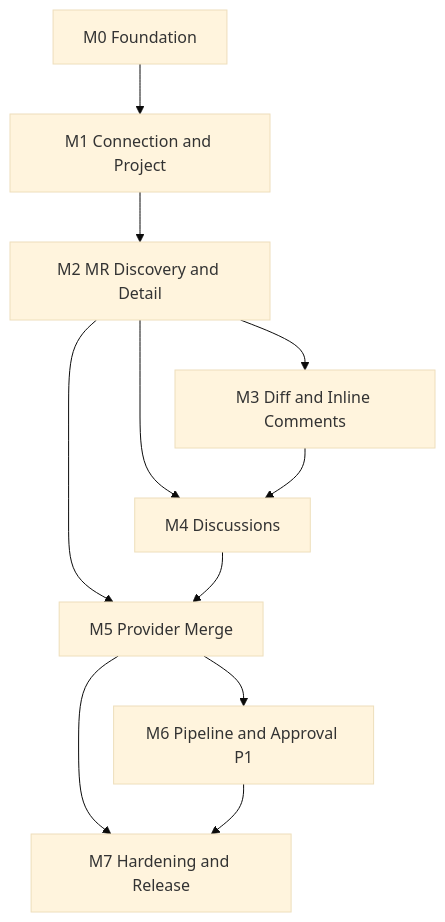
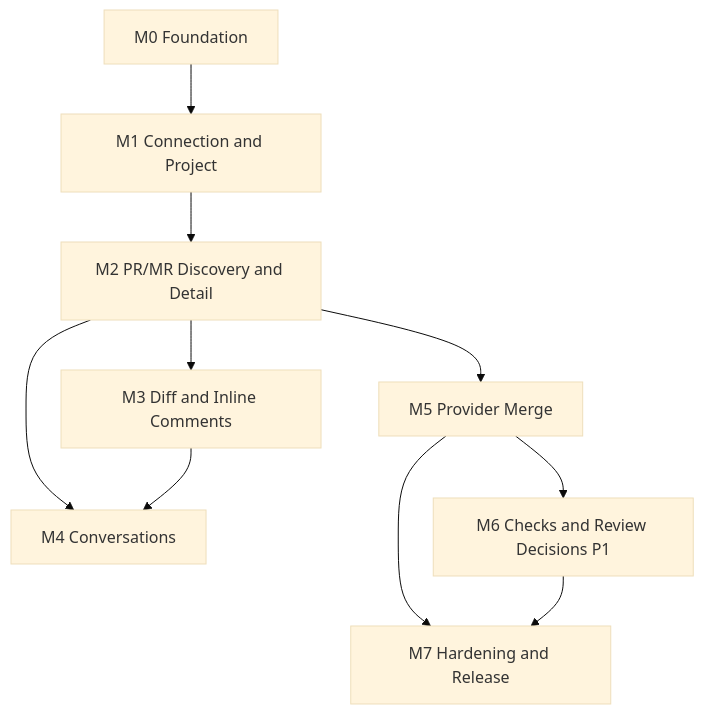
Before and after one commit to minh-lb/vscode-reviewdock: the diagram in docs/IMPLEMENTATION-PLAN.md, drawn with Mermaid (base theme). The commit also changed other lines of this file, not shown here.

```diff
--- a/docs/IMPLEMENTATION-PLAN.md
+++ b/docs/IMPLEMENTATION-PLAN.md
@@ -285,13 +285,12 @@
 ~~~mermaid
 flowchart TD
   M0[M0 Foundation] --> M1[M1 Connection and Project]
-  M1 --> M2[M2 MR Discovery and Detail]
+  M1 --> M2[M2 PR/MR Discovery and Detail]
   M2 --> M3[M3 Diff and Inline Comments]
-  M2 --> M4[M4 Discussions]
+  M2 --> M4[M4 Conversations]
   M3 --> M4
   M2 --> M5[M5 Provider Merge]
-  M4 --> M5
-  M5 --> M6[M6 Pipeline and Approval P1]
+  M5 --> M6[M6 Checks and Review Decisions P1]
   M5 --> M7[M7 Hardening and Release]
   M6 --> M7
 ~~~
```
